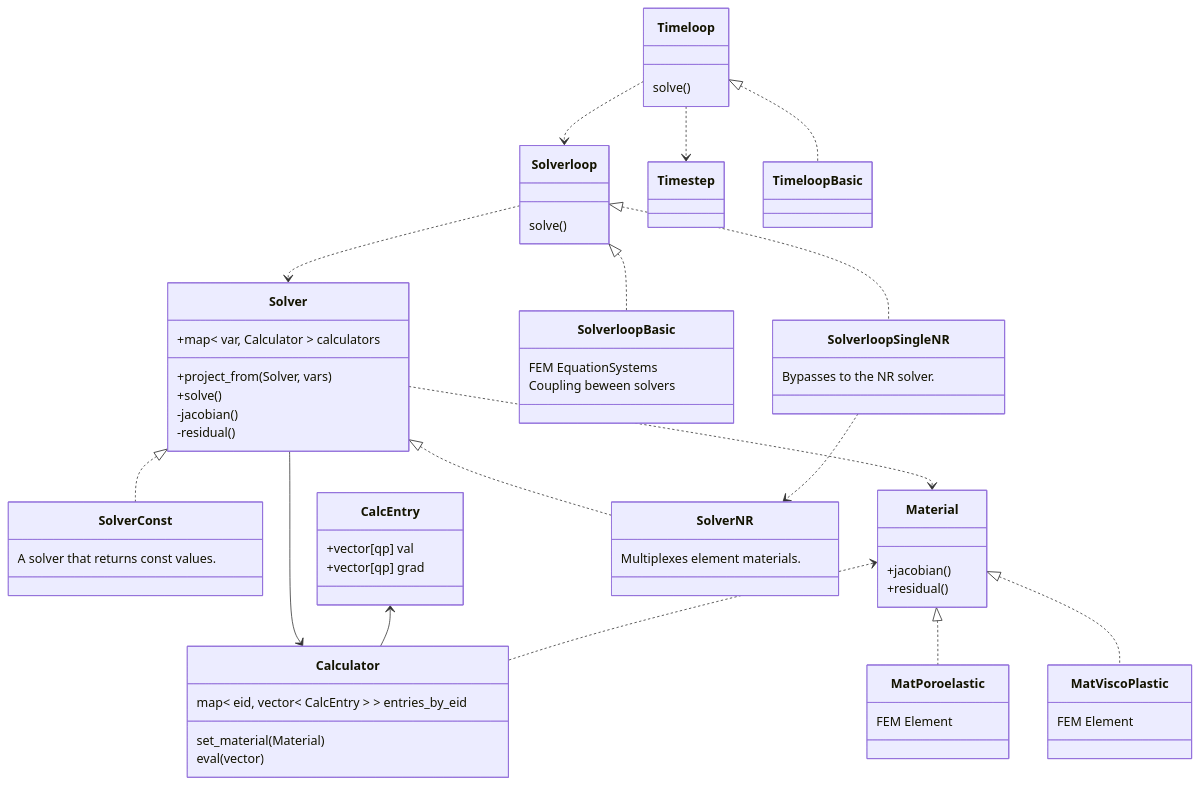
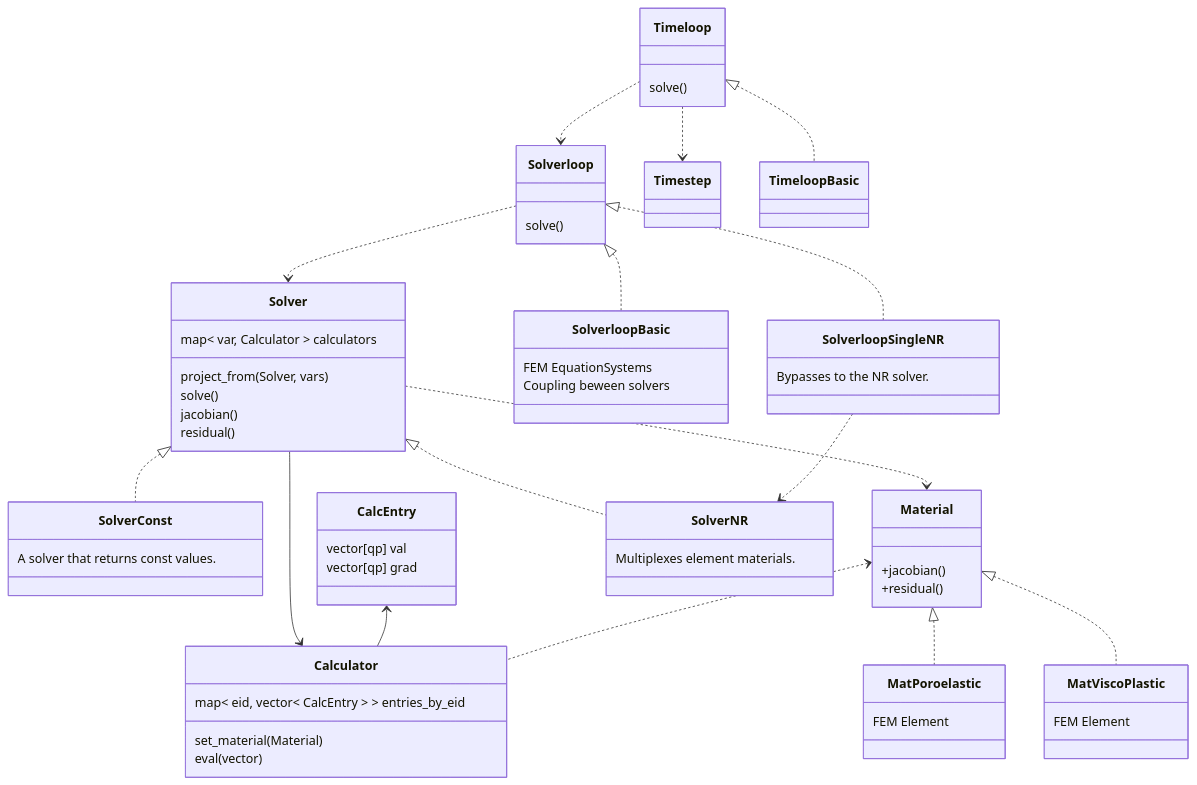
One commit to rebpoli/harpy changed the diagram in include/README.md. Above: the diagram before and after it, drawn with Mermaid. The commit also changed other lines of this file, not shown here.

```diff
--- a/include/README.md
+++ b/include/README.md
@@ -24,11 +24,11 @@
     }
 
     class Solver {
-        +map< var, Calculator > calculators
-        +project_from(Solver, vars)
-        +solve()
-        -jacobian()
-        -residual()
+        map< var, Calculator > calculators
+        project_from(Solver, vars)
+        solve()
+        jacobian()
+        residual()
     }
     class SolverConst {
         A solver that returns const values.
@@ -41,8 +41,8 @@
     }
 
     class CalcEntry {
-        +vector[qp] val
-        +vector[qp] grad
+        vector[qp] val
+        vector[qp] grad
     }
     class Calculator {
         map< eid, vector< CalcEntry > > entries_by_eid
```
